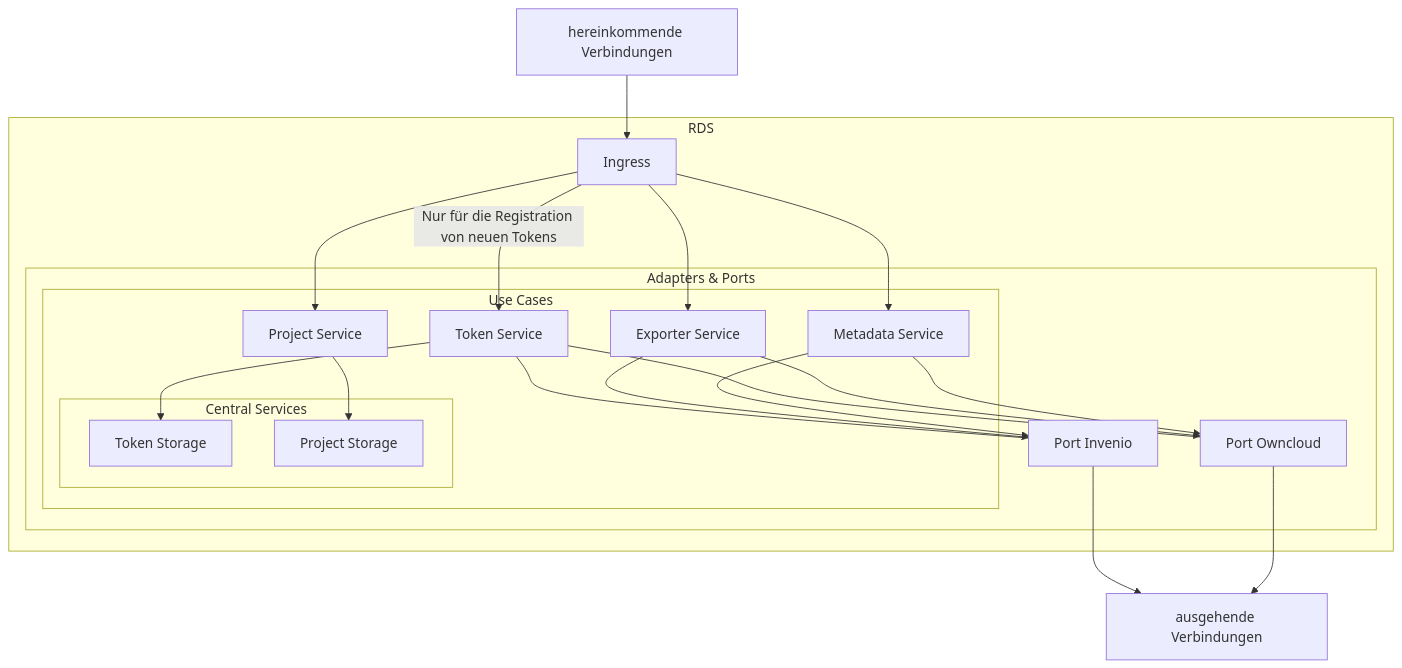
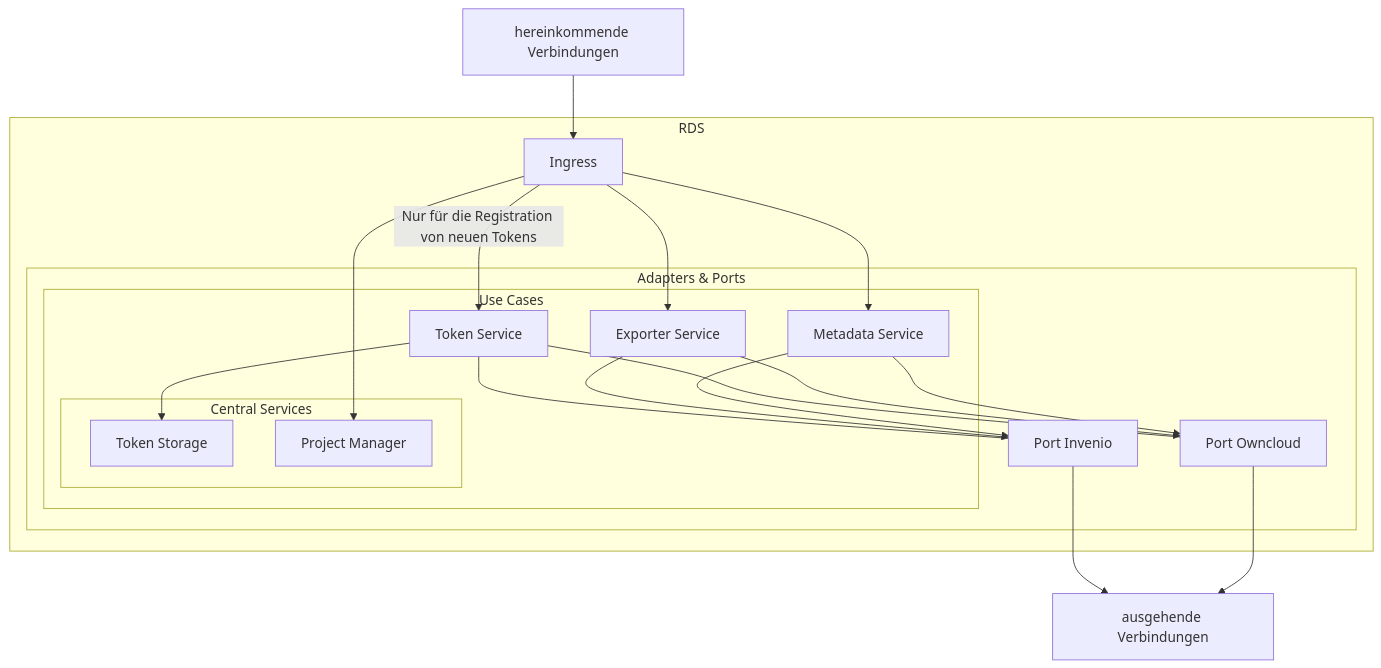
Before and after one commit to Sciebo-RDS/Sciebo-RDS: the diagram in docs/content/doc/arc42/ecosystem.de.md, drawn with Mermaid. The commit also changed 6 other files, not shown here.

````diff
--- a/docs/content/doc/arc42/ecosystem.de.md
+++ b/docs/content/doc/arc42/ecosystem.de.md
@@ -16,61 +16,60 @@
 ```mermaid
 graph TD;
   %% define nodes
 
   WWWI[hereinkommende Verbindungen]
 
   subgraph RDS
     Ingress
 
     subgraph Adapters & Ports
       %% SPAEx[SPA Exporter]
       %% SPATS[SPA Token Storage]
 
       PInvenio[Port Invenio]
       POwncloud[Port Owncloud]
 
       subgraph Use Cases
         UCExporter[Exporter Service]
         UCToken[Token Service]
         UCMetadata[Metadata Service]
-        UCProject[Project Service]
+        %% UCProject[Project Service]
 
         subgraph Central Services
           CSToken[Token Storage]
-          CSProject[Project Storage]
+          CSProject[Project Manager]
         end
       end
     end
   end
 
   WWWO[ausgehende Verbindungen]
 
   click SPAEx "/de/doc/impl/adapters/spa-exporter/"
   click SPATS "/de/doc/impl/adapters/spa-token-storage"
   click UCExporter "/de/doc/impl/use-cases/exporter"
   click UCToken "/de/doc/impl/use-cases/token-service"
-  click CSToken "/de/doc/impl/central/token-storage"
   click CSProject "/de/doc/impl/central/project-manager"
   click PInvenio "/de/doc/impl/ports/port-invenio"
   click POwncloud "/de/doc/impl/ports/port-storage"
 
   %% define connections
   WWWI --> Ingress
 
   %% Ingress --> SPAEx --> UCExporter
   %% Ingress --> SPATS --> CSToken
   Ingress -->|Nur für die Registration von neuen Tokens| UCToken
-  Ingress --> UCProject & UCExporter & UCMetadata
+  Ingress --> CSProject & UCExporter & UCMetadata
 
   %% UCExporter --> UCProject
-  UCProject --> CSProject
+  %% UCProject --> CSProject
   UCToken --> CSToken
 
   UCToken --- PInvenio & POwncloud
   UCExporter & UCMetadata --> PInvenio & POwncloud
 
   %% PInvenio --> POwncloud
 
   PInvenio --> WWWO
   POwncloud --> WWWO
 ```
````
